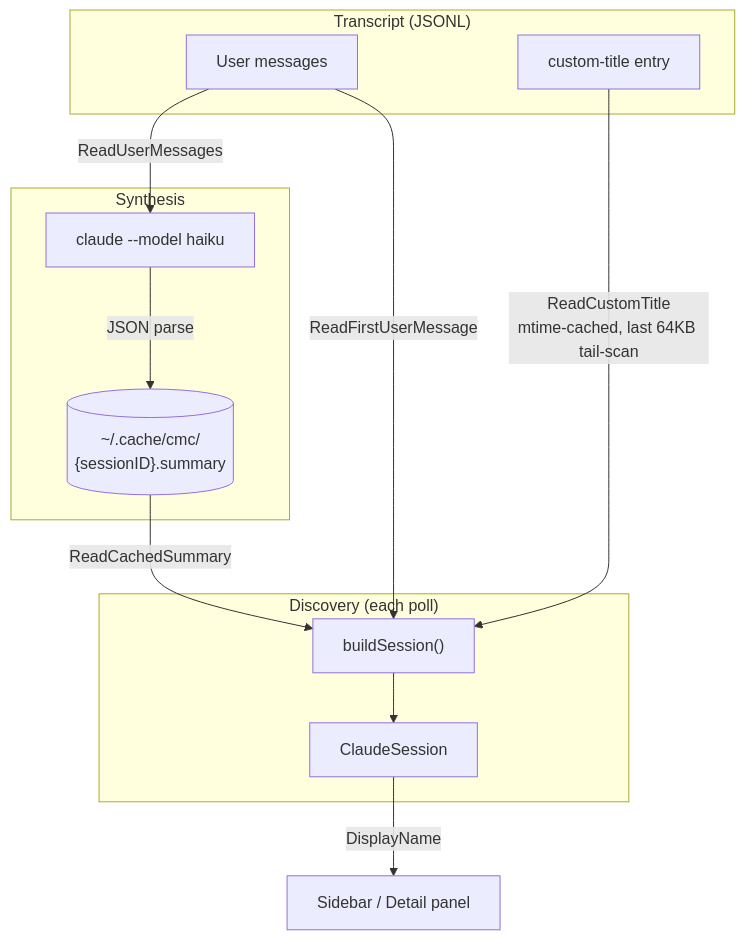
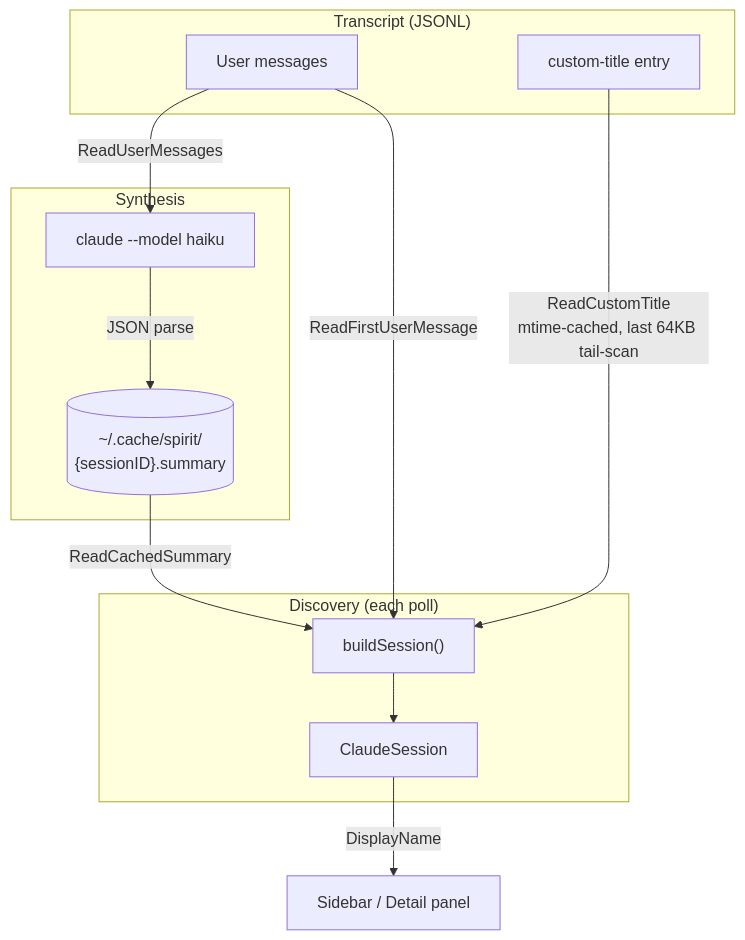
The diagram in docs/session-title-resolution.md (huylenq/spirit), drawn with Mermaid before and after one commit. The commit also changed other lines of this file and 99 other files, not shown here.

First line of the commit message:
refactor: rebrand claude-mission-control/cmc to spirit

````diff
--- a/docs/session-title-resolution.md
+++ b/docs/session-title-resolution.md
@@ -21,25 +21,25 @@
 ```mermaid
 flowchart TD
     subgraph "Transcript (JSONL)"
         UM["User messages"]
         CT["custom-title entry"]
     end
 
     subgraph "Synthesis"
         AI["claude --model haiku"]
-        Cache[("~/.cache/cmc/<br/>{sessionID}.summary")]
+        Cache[("~/.cache/spirit/<br/>{sessionID}.summary")]
     end
 
     subgraph "Discovery (each poll)"
         Build["buildSession()"]
         CS["ClaudeSession"]
     end
 
     UM -->|ReadUserMessages| AI
     AI -->|JSON parse| Cache
     Cache -->|ReadCachedSummary| Build
     CT -->|ReadCustomTitle<br/>mtime-cached, last 64KB tail-scan| Build
     UM -->|ReadFirstUserMessage| Build
     Build --> CS
     CS -->|DisplayName| UI["Sidebar / Detail panel"]
 ```
````
